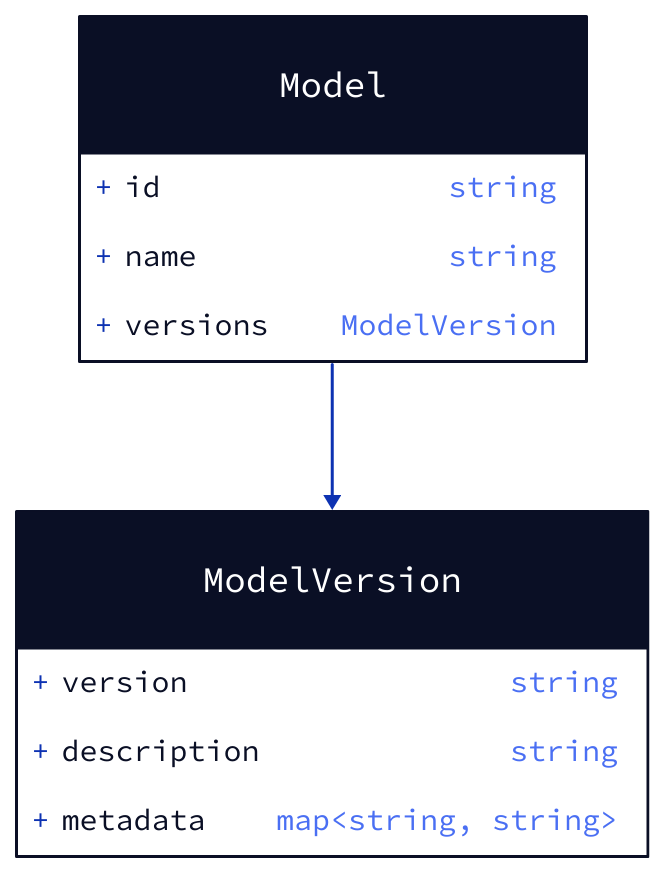
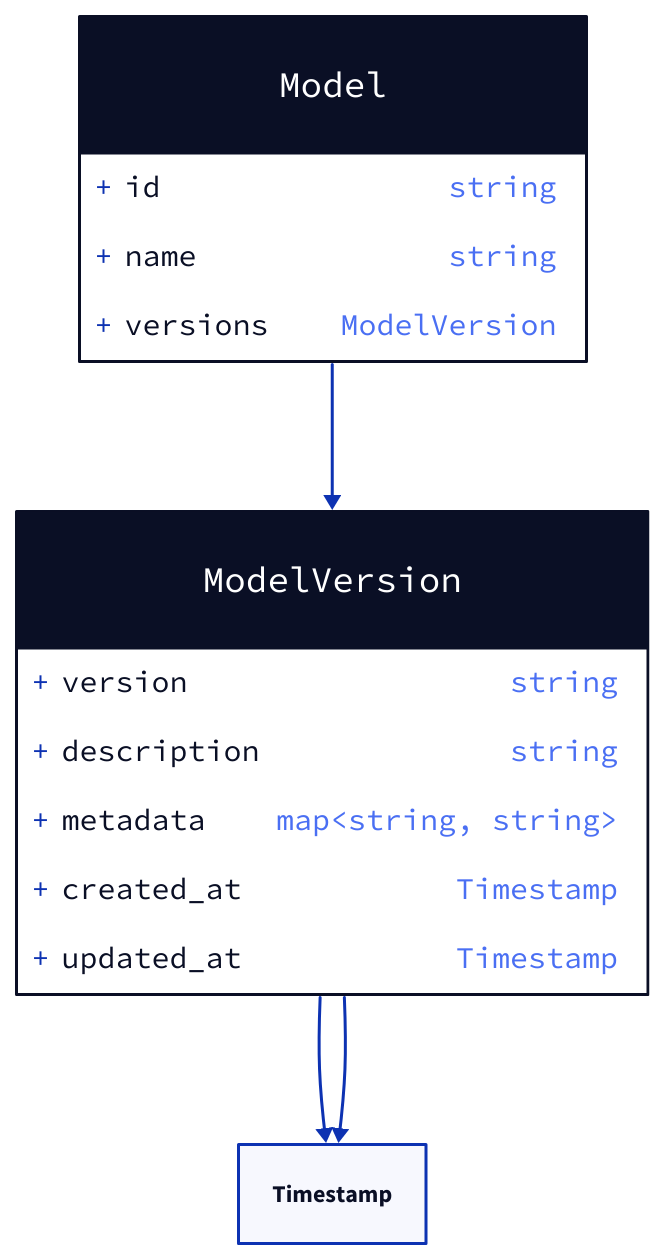
Before and after one commit to tmc/language-model-management: the diagram in proto/llm/v1/model.d2, drawn with D2. The commit also changed 17 other files, not shown here.

```diff
--- a/proto/llm/v1/model.d2
+++ b/proto/llm/v1/model.d2
@@ -1,19 +1,23 @@
 
 # Package - llm.v1
 
 # Class - Model
 Model: {
   shape: class
   id: string
   name: string
   versions: ModelVersion
 }
 Model -> ModelVersion
 
 # Class - ModelVersion
 ModelVersion: {
   shape: class
   version: string
   description: string
   metadata: map<string, string>
+  created_at: Timestamp
+  updated_at: Timestamp
 }
+ModelVersion -> Timestamp
+ModelVersion -> Timestamp
```
